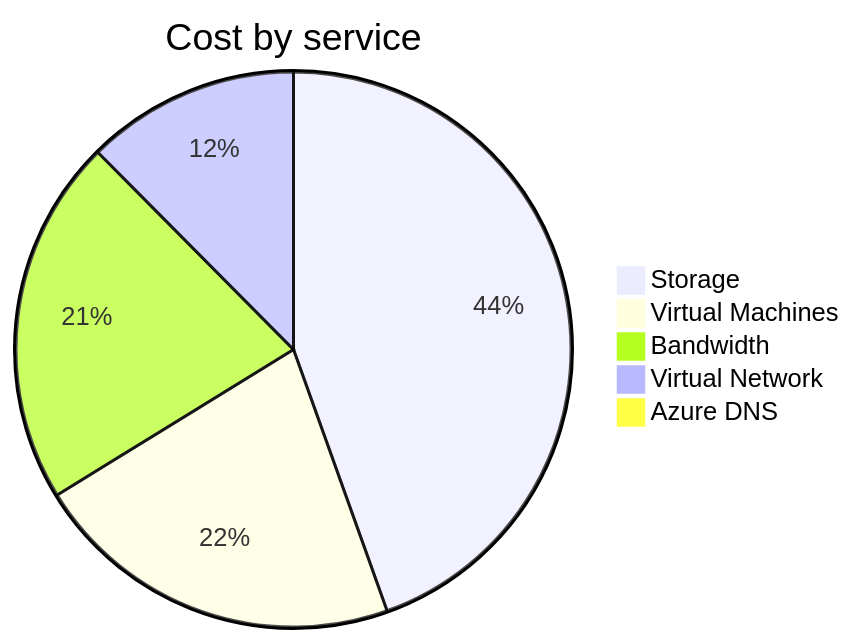
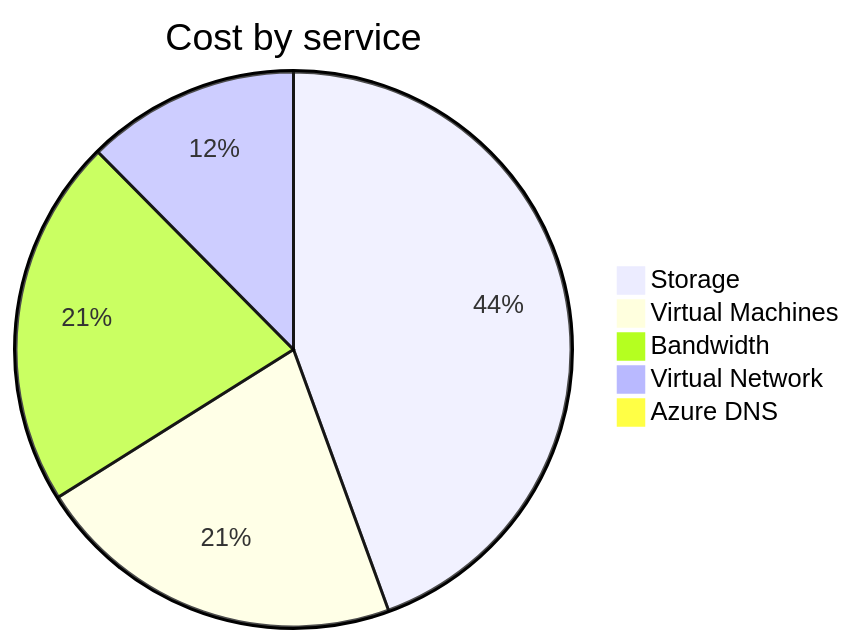
The second of 4 diagrams in cost-reports/personal-network/README.md (jpfulton/azure-personal-reports), drawn with Mermaid before and after one commit. The commit also changed other lines of this file and 8 other files, not shown here.

````diff
--- a/cost-reports/personal-network/README.md
+++ b/cost-reports/personal-network/README.md
@@ -99,9 +99,9 @@
 ```mermaid
 pie
    title Cost by service
-   "Storage" : 19.69
-   "Virtual Machines" : 9.59
-   "Bandwidth" : 9.44
-   "Virtual Network" : 5.50
-   "Azure DNS" : 0.37
+   "Storage" : 20.58
+   "Virtual Machines" : 10.02
+   "Bandwidth" : 9.96
+   "Virtual Network" : 5.75
+   "Azure DNS" : 0.39
 ```
````
